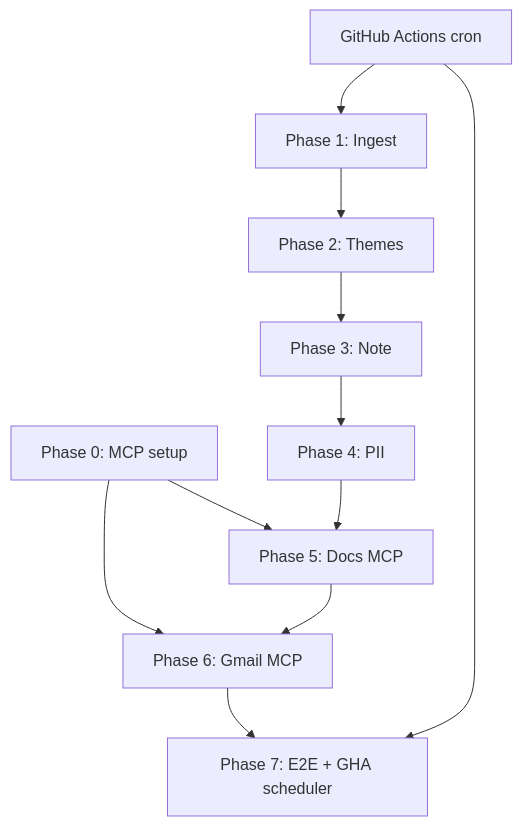
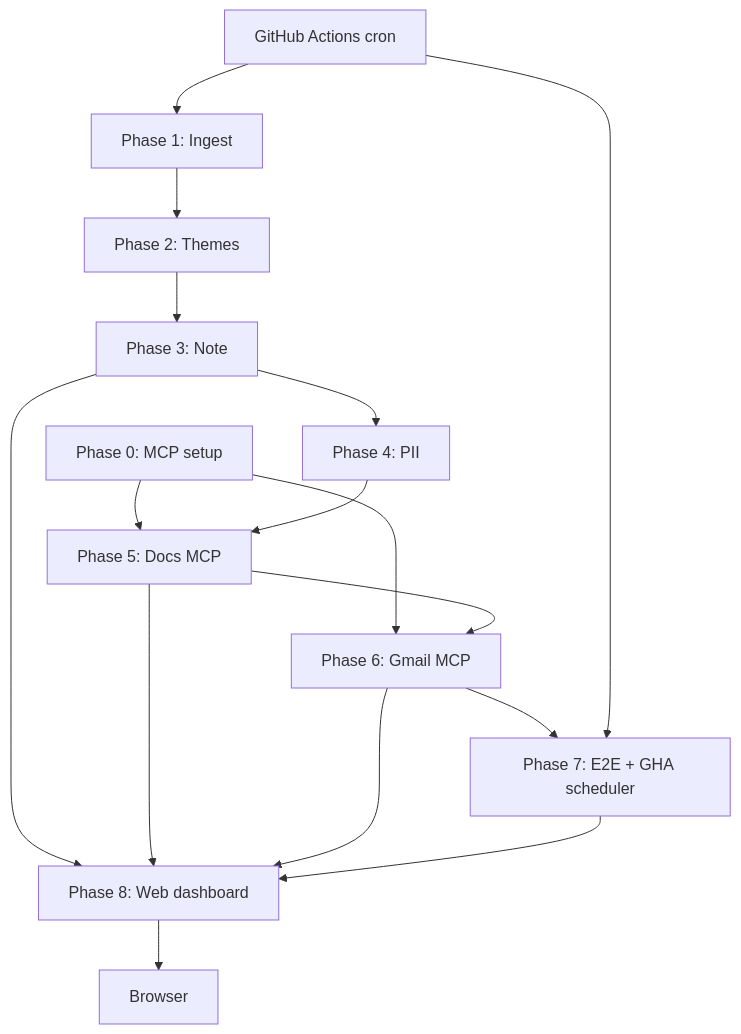
Before and after one commit to dheerajmw/growwReviewsAgent: the diagram in doc/phasewiseImplementationPlan.md, drawn with Mermaid. The commit also changed other lines of this file and 73 other files, not shown here.

First line of the commit message:
Add Phase 8 web dashboard with Stitch-aligned UI.

````diff
--- a/doc/phasewiseImplementationPlan.md
+++ b/doc/phasewiseImplementationPlan.md
@@ -350,18 +541,25 @@
 ```mermaid
 flowchart TD
   P0[Phase 0: MCP setup]
   P1[Phase 1: Ingest]
   P2[Phase 2: Themes]
   P3[Phase 3: Note]
   P4[Phase 4: PII]
   P5[Phase 5: Docs MCP]
   P6[Phase 6: Gmail MCP]
   P7[Phase 7: E2E + GHA scheduler]
+  P8[Phase 8: Web dashboard]
   GHA[GitHub Actions cron]
+  UI[Browser]
 
   P0 --> P5
   P0 --> P6
   P1 --> P2 --> P3 --> P4 --> P5 --> P6 --> P7
   GHA --> P1
   GHA --> P7
+  P3 --> P8
+  P5 --> P8
+  P6 --> P8
+  P7 --> P8
+  P8 --> UI
 ```
````
